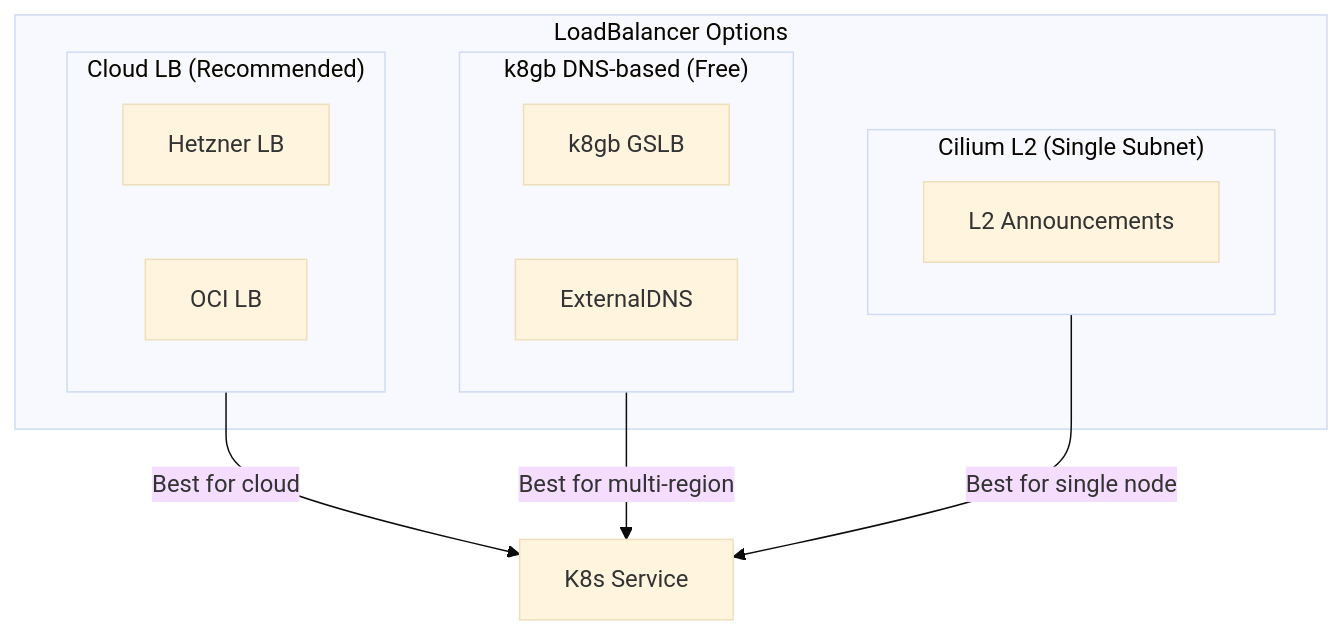
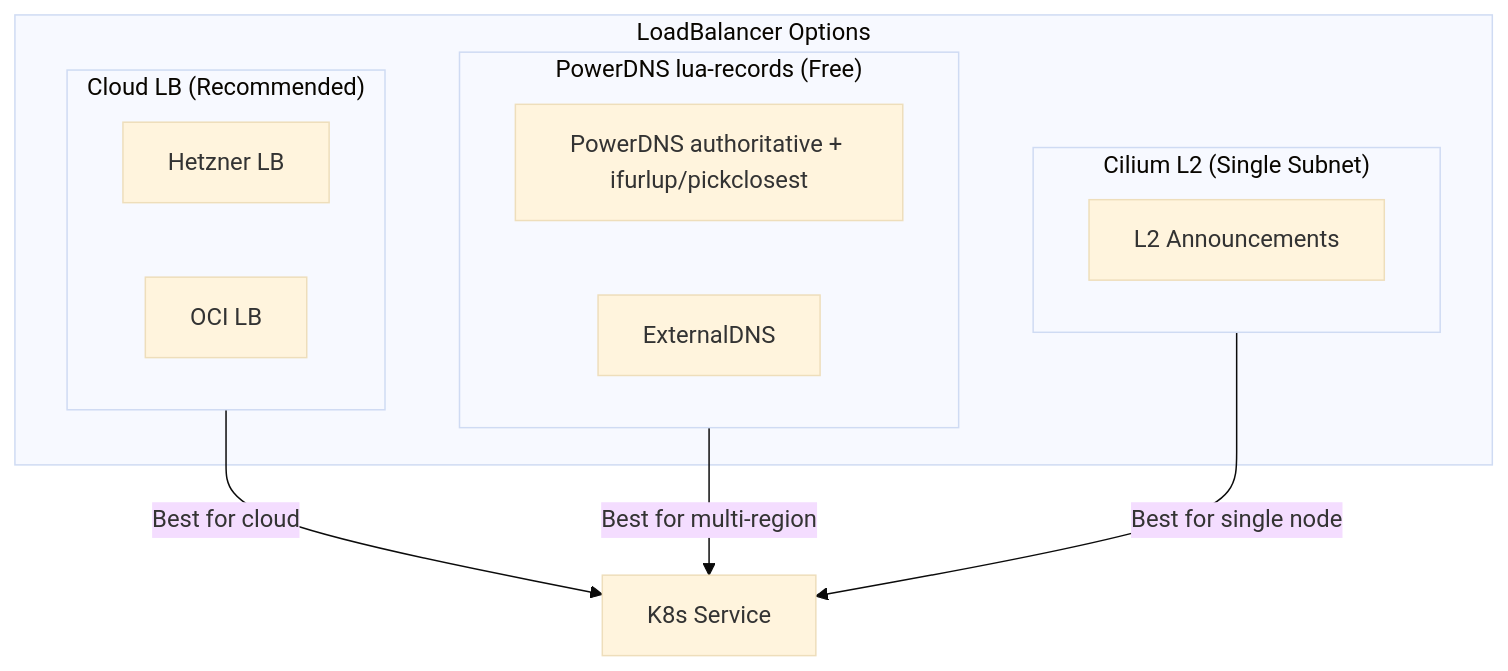
Before and after one commit to openova-io/openova: the second of 2 diagrams in platform/cilium/README.md, drawn with Mermaid (base theme). The commit also changed other lines of this file and 30 other files, not shown here.

````diff
--- a/platform/cilium/README.md
+++ b/platform/cilium/README.md
@@ -410,22 +410,22 @@
 ```mermaid
 flowchart TB
     subgraph Options["LoadBalancer Options"]
         subgraph CloudLB["Cloud LB (Recommended)"]
             HetznerLB[Hetzner LB]
             OCILB[OCI LB]
         end
 
-        subgraph K8gbLB["k8gb DNS-based (Free)"]
-            K8gb[k8gb GSLB]
+        subgraph PdnsLB["PowerDNS lua-records (Free)"]
+            PDNS[PowerDNS authoritative + ifurlup/pickclosest]
             ExternalDNS[ExternalDNS]
         end
 
         subgraph CiliumLB["Cilium L2 (Single Subnet)"]
             L2[L2 Announcements]
         end
     end
 
     CloudLB -->|"Best for cloud"| Service[K8s Service]
-    K8gbLB -->|"Best for multi-region"| Service
+    PdnsLB -->|"Best for multi-region"| Service
     CiliumLB -->|"Best for single node"| Service
 ```
````
